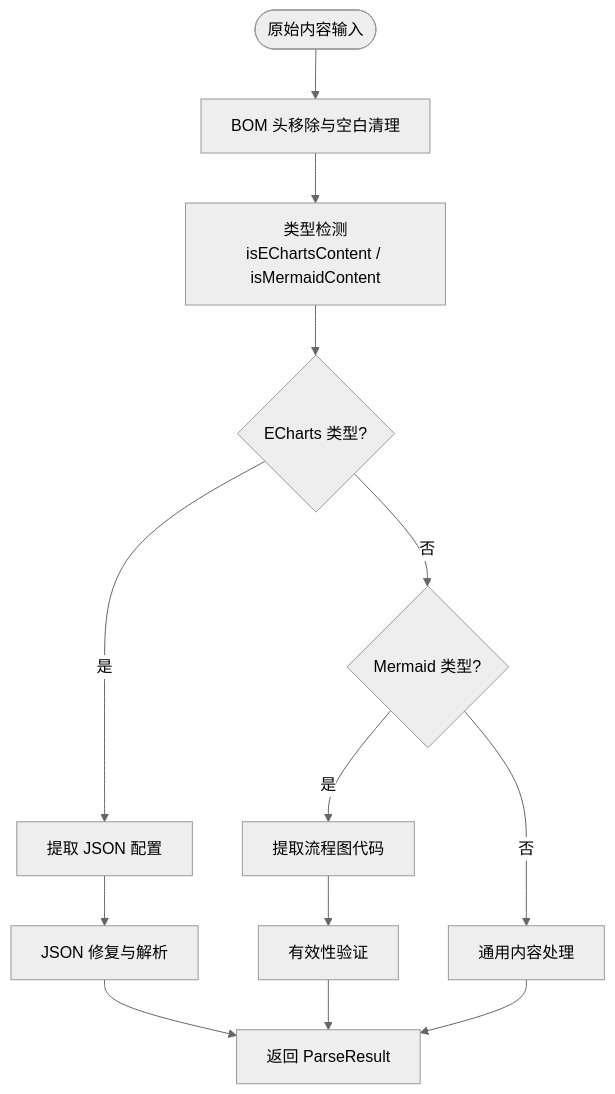
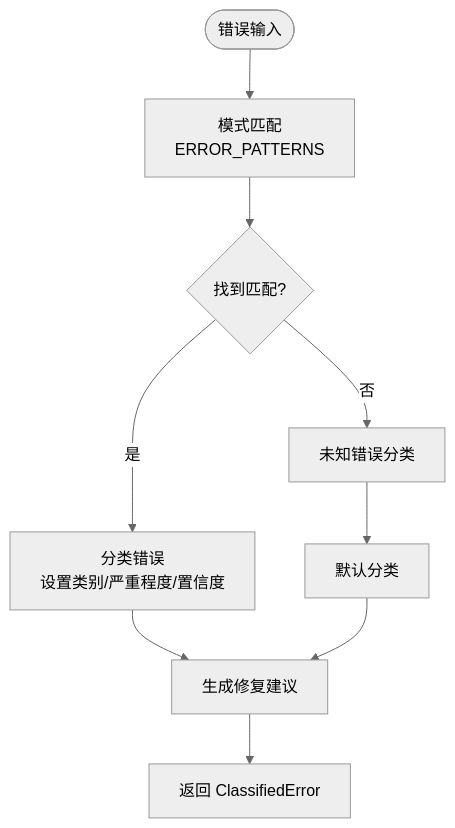
One commit to NarcisWL/Nexara changed the seventh of 15 diagrams in .qoder/repowiki/zh/content/开发指南/开发指南.md. Above: the diagram before and after it, drawn with Mermaid (neutral theme). The commit also changed other lines of this file and 19 other files, not shown here.

````diff
--- a/.qoder/repowiki/zh/content/开发指南/开发指南.md
+++ b/.qoder/repowiki/zh/content/开发指南/开发指南.md
@@ -356,15 +533,11 @@
 ```mermaid
 flowchart TD
-Start(["原始内容输入"]) --> Clean["BOM 头移除与空白清理"]
-Clean --> Detect["类型检测<br/>isEChartsContent / isMermaidContent"]
-Detect --> ECharts{"ECharts 类型?"}
-ECharts --> |是| ExtractECharts["提取 JSON 配置"]
-ECharts --> |否| Mermaid{"Mermaid 类型?"}
-Mermaid --> |是| ExtractMermaid["提取流程图代码"]
-Mermaid --> |否| Generic["通用内容处理"]
-ExtractECharts --> Repair["JSON 修复与解析"]
-Repair --> Result["返回 ParseResult"]
-ExtractMermaid --> Validate["有效性验证"]
-Validate --> Result
-Generic --> Result
+Start(["错误输入"]) --> Pattern["模式匹配<br/>ERROR_PATTERNS"]
+Pattern --> Match{"找到匹配?"}
+Match --> |是| Classify["分类错误<br/>设置类别/严重程度/置信度"]
+Match --> |否| Unknown["未知错误分类"]
+Classify --> Suggested["生成修复建议"]
+Unknown --> Default["默认分类"]
+Default --> Suggested
+Suggested --> Result["返回 ClassifiedError"]
 ```
````
